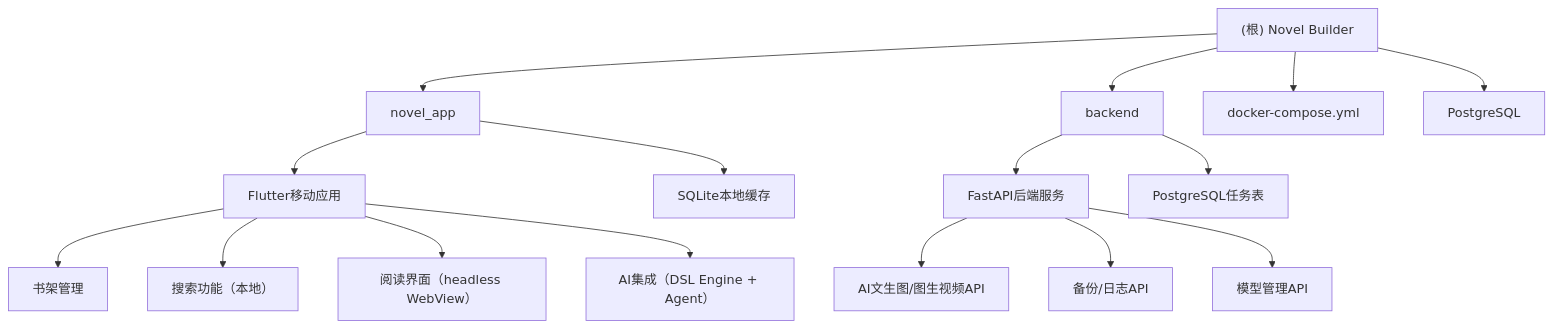
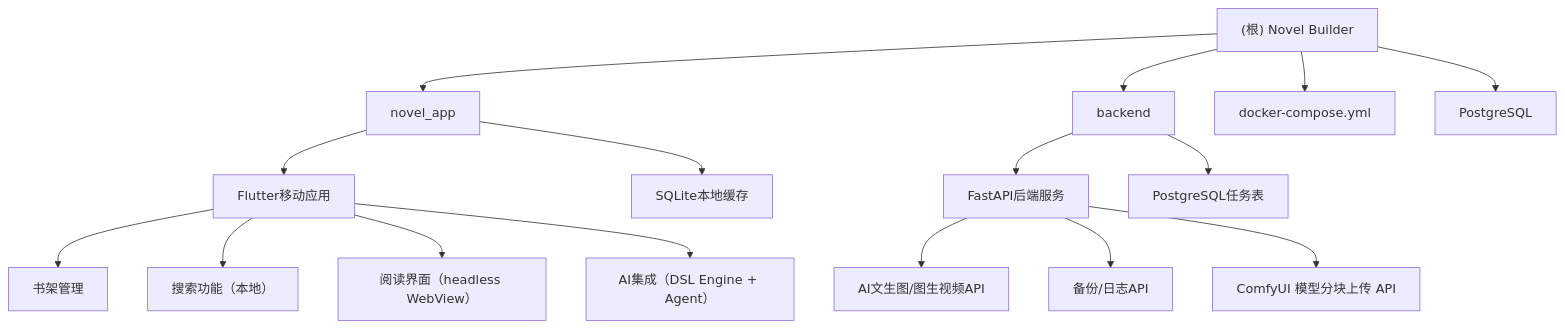
The diagram in CLAUDE.md (yunkst/novel_builder), drawn with Mermaid before and after one commit. The commit also changed other lines of this file, not shown here.

````diff
--- a/CLAUDE.md
+++ b/CLAUDE.md
@@ -23,25 +24,25 @@
 ```mermaid
 graph TD
     A["(根) Novel Builder"] --> B["novel_app"];
     A --> C["backend"];
     A --> D["docker-compose.yml"];
     A --> E["PostgreSQL"];
 
     B --> F["Flutter移动应用"];
     B --> G["SQLite本地缓存"];
 
     C --> H["FastAPI后端服务"];
     C --> J["PostgreSQL任务表"];
 
     F --> K["书架管理"];
     F --> L["搜索功能（本地）"];
     F --> M["阅读界面（headless WebView）"];
     F --> N["AI集成（DSL Engine + Agent）"];
 
     H --> O["AI文生图/图生视频API"];
     H --> P["备份/日志API"];
-    H --> Q["模型管理API"];
+    H --> Q["ComfyUI 模型分块上传 API"];
 
     click B "./novel_app/CLAUDE.md" "查看 Flutter 移动应用模块"
     click C "./backend/CLAUDE.md" "查看 Python 后端模块"
 ```
````
